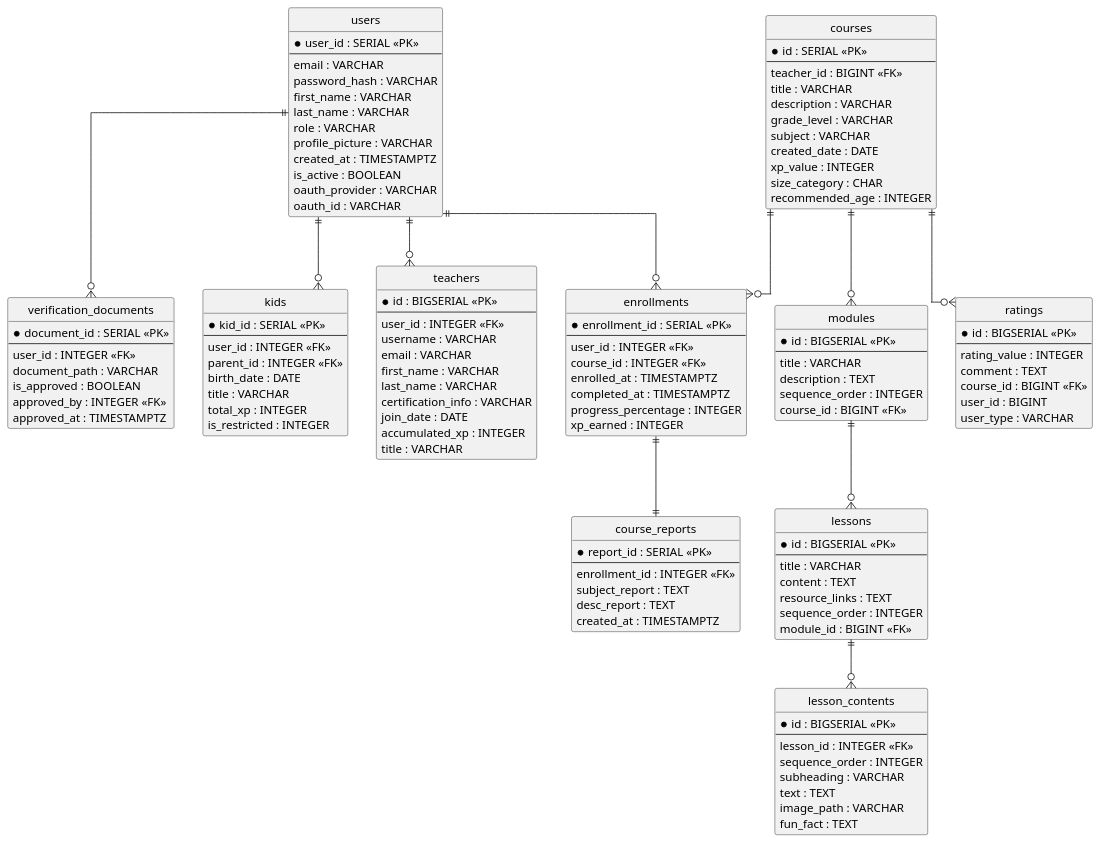
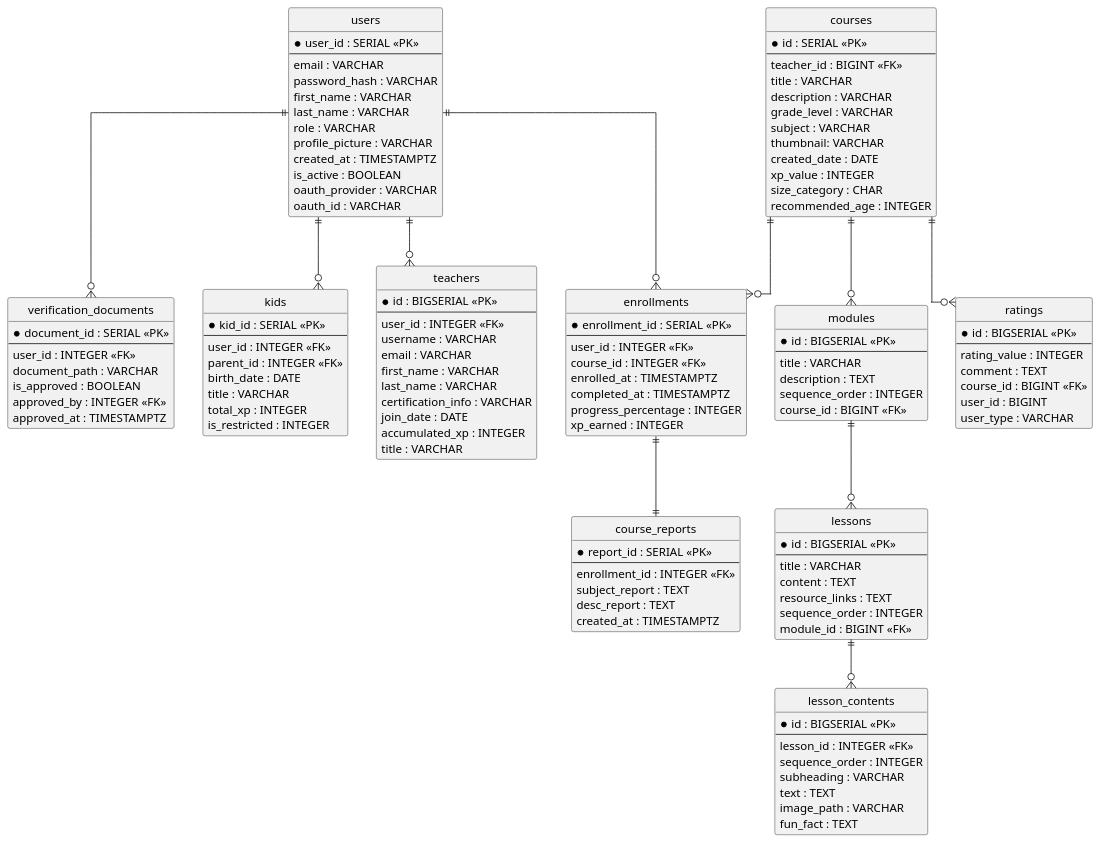
One commit to m-elhamlaoui/development-platform-nova-pioneers changed the diagram in PlantUMLDbSchema.puml. Above: the diagram before and after it, drawn with PlantUML. The commit also changed 2 other files, not shown here.

Commit message:
adding thumbnail

```diff
--- a/PlantUMLDbSchema.puml
+++ b/PlantUMLDbSchema.puml
@@ -1,140 +1,141 @@
 @startuml
 hide circle
 skinparam linetype ortho
 
 entity "users" as users {
   * user_id : SERIAL <<PK>>
   --
   email : VARCHAR
   password_hash : VARCHAR
   first_name : VARCHAR
   last_name : VARCHAR
   role : VARCHAR
   profile_picture : VARCHAR
   created_at : TIMESTAMPTZ
   is_active : BOOLEAN
   oauth_provider : VARCHAR
   oauth_id : VARCHAR
 }
 
 entity "verification_documents" as verification_documents {
   * document_id : SERIAL <<PK>>
   --
   user_id : INTEGER <<FK>>
   document_path : VARCHAR
   is_approved : BOOLEAN
   approved_by : INTEGER <<FK>>
   approved_at : TIMESTAMPTZ
 }
 
 entity "kids" as kids {
   * kid_id : SERIAL <<PK>>
   --
   user_id : INTEGER <<FK>>
   parent_id : INTEGER <<FK>>
   birth_date : DATE
   title : VARCHAR
   total_xp : INTEGER
   is_restricted : INTEGER
 }
 
 entity "teachers" as teachers {
   * id : BIGSERIAL <<PK>>
   --
   user_id : INTEGER <<FK>>
   username : VARCHAR
   email : VARCHAR
   first_name : VARCHAR
   last_name : VARCHAR
   certification_info : VARCHAR
   join_date : DATE
   accumulated_xp : INTEGER
   title : VARCHAR
 }
 
 entity "courses" as courses {
   * id : SERIAL <<PK>>
   --
   teacher_id : BIGINT <<FK>>
   title : VARCHAR
   description : VARCHAR
   grade_level : VARCHAR
   subject : VARCHAR
+  thumbnail: VARCHAR
   created_date : DATE
   xp_value : INTEGER
   size_category : CHAR
   recommended_age : INTEGER
 }
 
 entity "modules" as modules {
   * id : BIGSERIAL <<PK>>
   --
   title : VARCHAR
   description : TEXT
   sequence_order : INTEGER
   course_id : BIGINT <<FK>>
 }
 
 entity "lessons" as lessons {
   * id : BIGSERIAL <<PK>>
   --
   title : VARCHAR
   content : TEXT
   resource_links : TEXT
   sequence_order : INTEGER
   module_id : BIGINT <<FK>>
 }
 
 entity "lesson_contents" as lesson_contents {
   * id : BIGSERIAL <<PK>>
   --
   lesson_id : INTEGER <<FK>>
   sequence_order : INTEGER
   subheading : VARCHAR
   text : TEXT
   image_path : VARCHAR
   fun_fact : TEXT
 }
 
 entity "ratings" as ratings {
   * id : BIGSERIAL <<PK>>
   --
   rating_value : INTEGER
   comment : TEXT
   course_id : BIGINT <<FK>>
   user_id : BIGINT
   user_type : VARCHAR
 }
 
 entity "enrollments" as enrollments {
   * enrollment_id : SERIAL <<PK>>
   --
   user_id : INTEGER <<FK>>
   course_id : INTEGER <<FK>>
   enrolled_at : TIMESTAMPTZ
   completed_at : TIMESTAMPTZ
   progress_percentage : INTEGER
   xp_earned : INTEGER
 }
 
 entity "course_reports" as course_reports {
   * report_id : SERIAL <<PK>>
   --
   enrollment_id : INTEGER <<FK>>
   subject_report : TEXT
   desc_report : TEXT
   created_at : TIMESTAMPTZ
 }
 
 ' Relationships
 users ||--o{ verification_documents 
 users ||--o{ kids 
 users ||--o{ teachers 
 users ||--o{ enrollments 
 courses ||--o{ enrollments 
 courses ||--o{ modules 
 modules ||--o{ lessons 
 lessons ||--o{ lesson_contents  
 courses ||--o{ ratings 
 enrollments ||--|| course_reports
 @enduml
```
